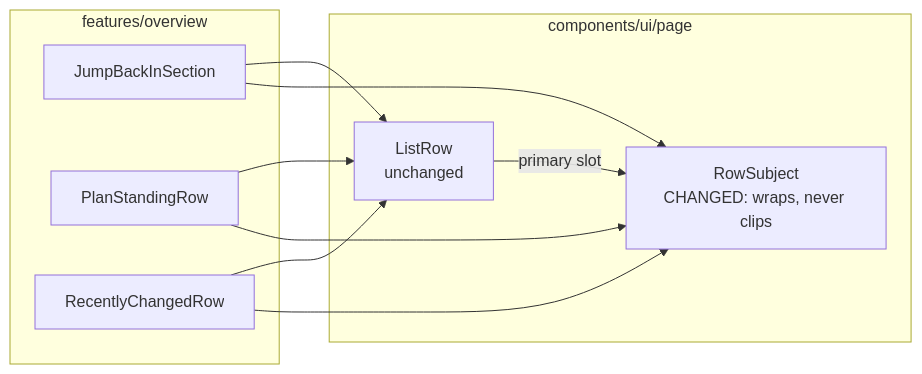
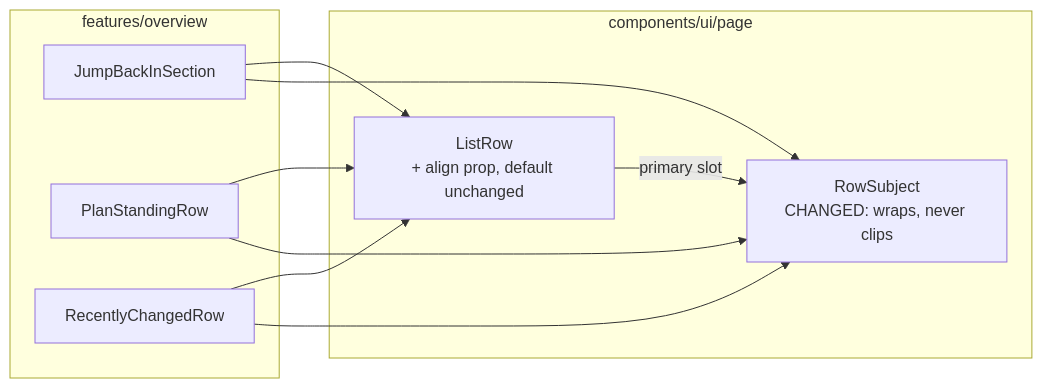
One commit to HuttonHomeHub/SchedulePoint_1 changed the first of 3 diagrams in docs/specs/row-subject-truncation/feature-spec.md. Above: the diagram before and after it, drawn with Mermaid. The commit also changed other lines of this file and 3 other files, not shown here.

````diff
--- a/docs/specs/row-subject-truncation/feature-spec.md
+++ b/docs/specs/row-subject-truncation/feature-spec.md
@@ -288,19 +351,19 @@
 ```mermaid
 flowchart LR
   subgraph overview["features/overview"]
     JB[JumpBackInSection]
     PS[PlanStandingRow]
     RC[RecentlyChangedRow]
   end
   subgraph ui["components/ui/page"]
-    LR[ListRow<br/>unchanged]
+    LR[ListRow<br/>+ align prop, default unchanged]
     RS[RowSubject<br/>CHANGED: wraps, never clips]
   end
   JB --> LR
   PS --> LR
   RC --> LR
   JB --> RS
   PS --> RS
   RC --> RS
   LR -->|primary slot| RS
 ```
````
